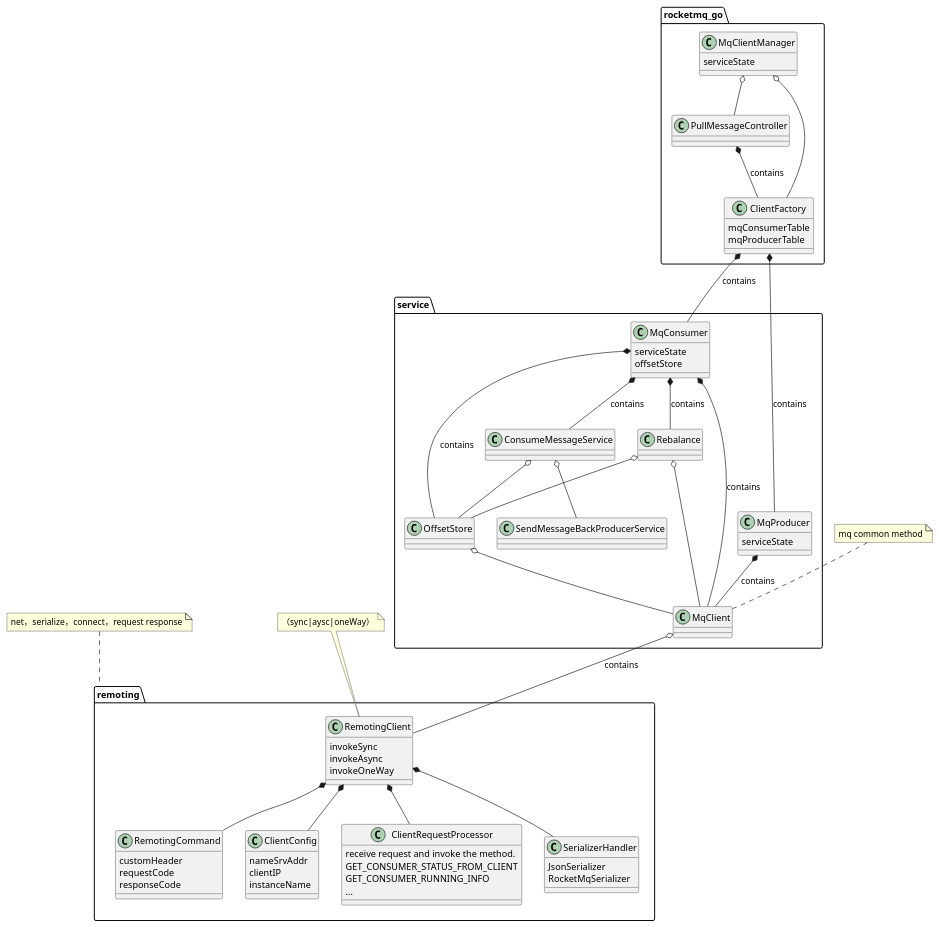
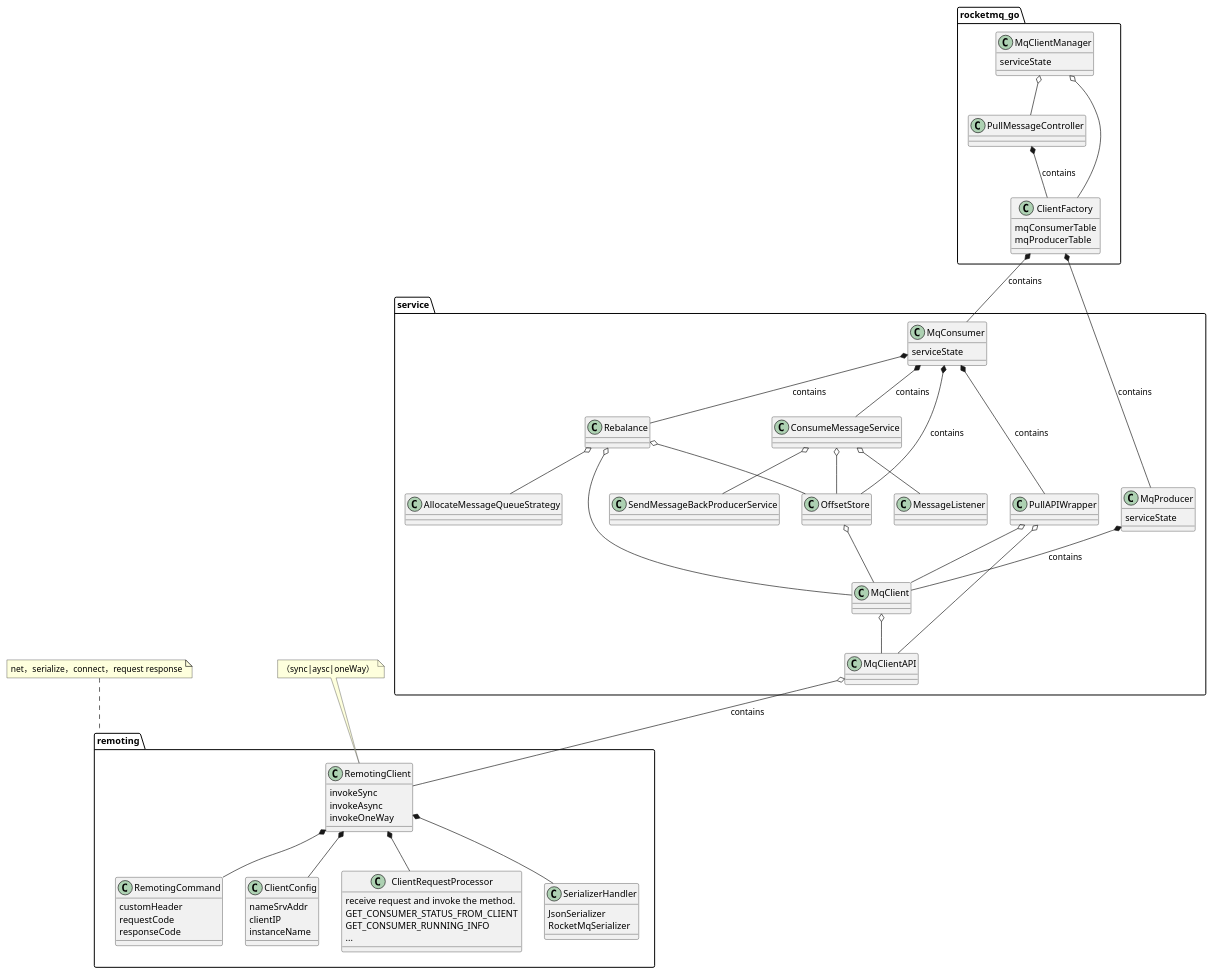
One commit to apache/rocketmq-externals changed the diagram in rocketmq-go/docs/package.puml. Above: the diagram before and after it, drawn with PlantUML. The commit also changed 8 other files, not shown here.

```diff
--- a/rocketmq-go/docs/package.puml
+++ b/rocketmq-go/docs/package.puml
@@ -1,93 +1,100 @@
 @startuml
 
 
 class rocketmq_go.MqClientManager{
 serviceState
 }
 class rocketmq_go.PullMessageController{
 
 }
+class service.AllocateMessageQueueStrategy{
+}
 class rocketmq_go.ClientFactory{
 mqConsumerTable
 mqProducerTable
 }
 class service.MqConsumer{
 serviceState
-offsetStore
 }
 class service.MqProducer{
 serviceState
  }
  class service.MqClient{
 
-
+ }
+ class service.MessageListener{
  }
   class remoting.RemotingClient{
    invokeSync
    invokeAsync
    invokeOneWay
   }
  class remoting.RemotingCommand{
   customHeader
   requestCode
   responseCode
  }
   class remoting.ClientConfig{
    nameSrvAddr
    clientIP
    instanceName
   }
   class remoting.ClientRequestProcessor{
      receive request and invoke the method.
      GET_CONSUMER_STATUS_FROM_CLIENT
      GET_CONSUMER_RUNNING_INFO
      ...
     }
     class remoting.SerializerHandler{
        JsonSerializer
        RocketMqSerializer
     }
 
 
 namespace service{
 
 
 rocketmq_go.PullMessageController *-- rocketmq_go.ClientFactory:contains
 rocketmq_go.ClientFactory *-- MqProducer:contains
 rocketmq_go.ClientFactory *-- MqConsumer:contains
 MqProducer *-- service.MqClient :contains
-MqConsumer *-- service.MqClient : contains
+MqConsumer *-- service.PullAPIWrapper : contains
 MqConsumer *-- service.OffsetStore : contains
 MqConsumer *-- service.Rebalance : contains
 MqConsumer *-- service.ConsumeMessageService : contains
 
 }
 
 namespace service{
-    MqClient o-- remoting.RemotingClient:contains
+    MqClientAPI o-- remoting.RemotingClient:contains
     OffsetStore o-- MqClient
+    PullAPIWrapper o-- MqClient
+    MqClient o-- MqClientAPI
+    PullAPIWrapper o-- MqClientAPI
     Rebalance o-- MqClient
     Rebalance o-- OffsetStore
+    Rebalance o-- AllocateMessageQueueStrategy
     ConsumeMessageService o-- SendMessageBackProducerService
     ConsumeMessageService o-- OffsetStore
+    ConsumeMessageService o-- MessageListener
 }
 
 namespace remoting {
   RemotingClient  *-- RemotingCommand
   RemotingClient *-- ClientConfig
     RemotingClient  *-- ClientRequestProcessor
     RemotingClient *-- SerializerHandler
 
 
 }
 
 namespace rocketmq_go{
     MqClientManager o-- PullMessageController
     MqClientManager o-- ClientFactory
 }
 
 
 note top of remoting.RemotingClient :（sync|aysc|oneWay）
 note top of remoting :net，serialize，connect，request response
-note top of service.MqClient :mq common method
+
 @enduml
```
